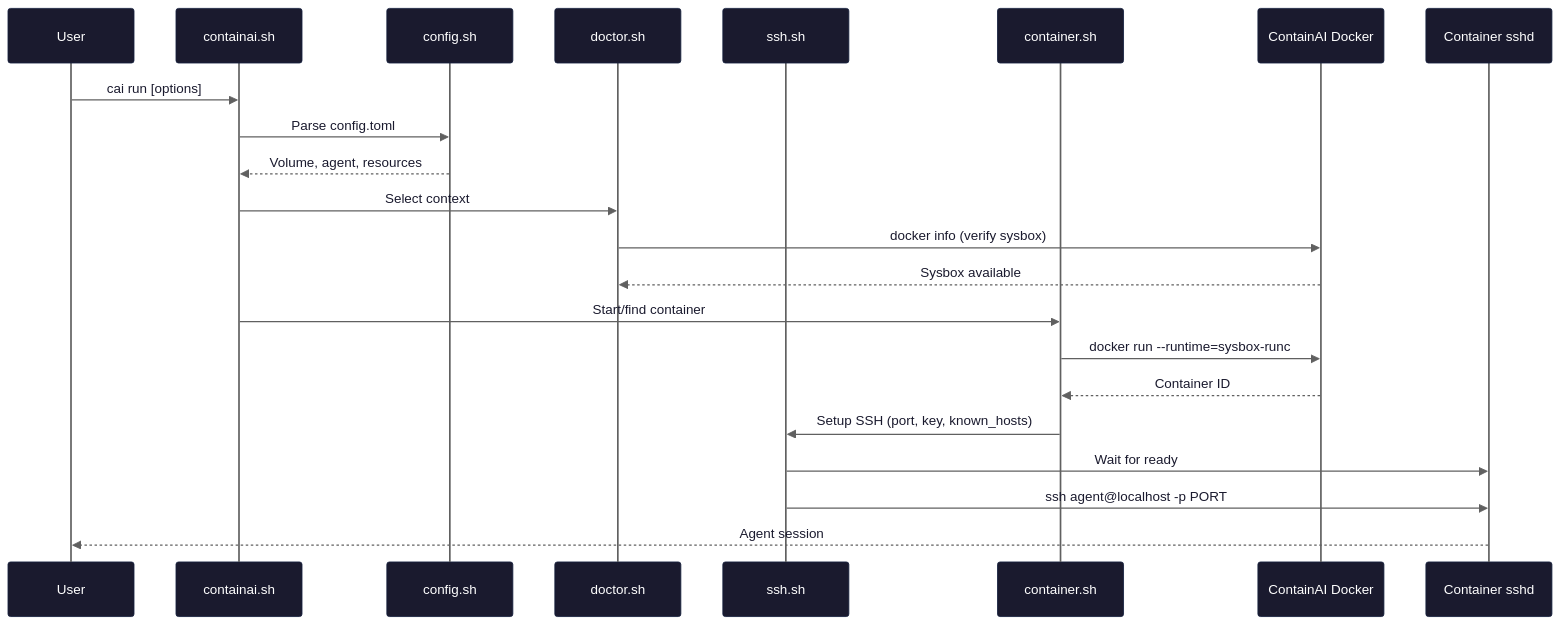
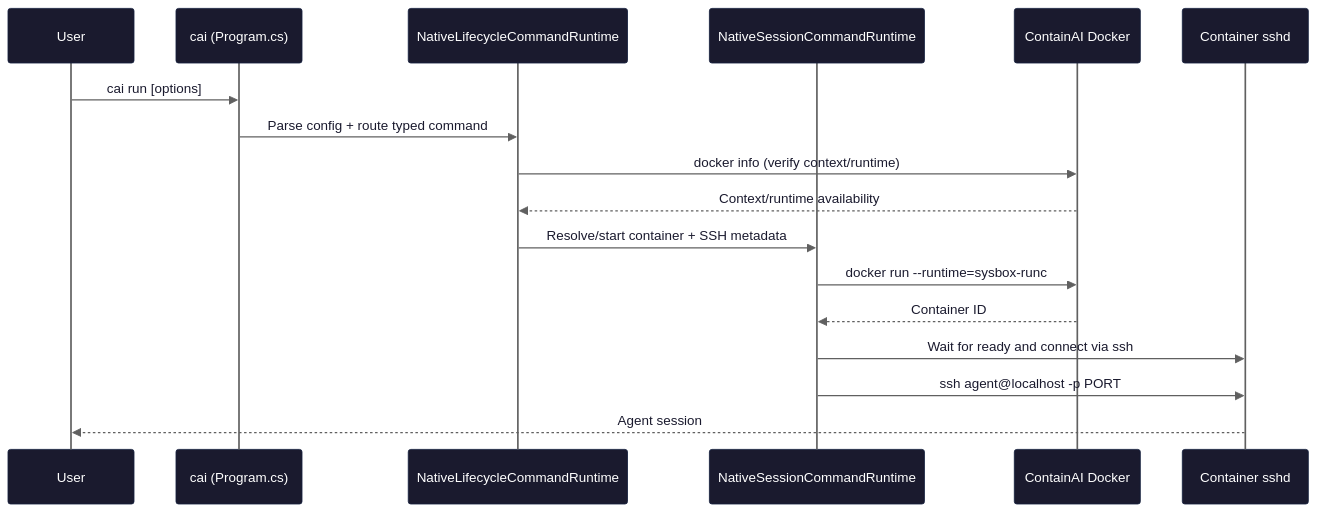
The ninth of 11 diagrams in docs/architecture.md (novotnyllc/ContainAI), drawn with Mermaid before and after one commit. The commit also changed other lines of this file and 3 other files, not shown here.

Commit message:
docs: align reference and architecture with native static CLI

````diff
--- a/docs/architecture.md
+++ b/docs/architecture.md
@@ -560,44 +561,39 @@
 ```mermaid
 %%{init: {'theme': 'base', 'themeVariables': {
   'background': '#f5f5f5',
   'actorBkg': '#1a1a2e',
   'actorTextColor': '#ffffff',
   'actorBorder': '#16213e',
   'actorLineColor': '#606060',
   'signalColor': '#606060',
   'signalTextColor': '#1a1a2e',
   'labelBoxBkgColor': '#0f3460',
   'labelBoxBorderColor': '#16213e',
   'labelTextColor': '#ffffff',
   'loopTextColor': '#1a1a2e',
   'noteBkgColor': '#0f3460',
   'noteTextColor': '#ffffff',
   'noteBorderColor': '#16213e',
   'activationBkgColor': '#16213e',
   'activationBorderColor': '#0f3460',
   'sequenceNumberColor': '#1a1a2e'
 }}}%%
 sequenceDiagram
     participant User
-    participant CLI as containai.sh
-    participant Config as config.sh
-    participant Doctor as doctor.sh
-    participant SSH as ssh.sh
-    participant Container as container.sh
+    participant CLI as cai (Program.cs)
+    participant Runtime as NativeLifecycleCommandRuntime
+    participant Session as NativeSessionCommandRuntime
     participant Docker as ContainAI Docker
     participant SSHD as Container sshd
 
     User->>CLI: cai run [options]
-    CLI->>Config: Parse config.toml
-    Config-->>CLI: Volume, agent, resources
-    CLI->>Doctor: Select context
-    Doctor->>Docker: docker info (verify sysbox)
-    Docker-->>Doctor: Sysbox available
-    CLI->>Container: Start/find container
-    Container->>Docker: docker run --runtime=sysbox-runc
-    Docker-->>Container: Container ID
-    Container->>SSH: Setup SSH (port, key, known_hosts)
-    SSH->>SSHD: Wait for ready
-    SSH->>SSHD: ssh agent@localhost -p PORT
+    CLI->>Runtime: Parse config + route typed command
+    Runtime->>Docker: docker info (verify context/runtime)
+    Docker-->>Runtime: Context/runtime availability
+    Runtime->>Session: Resolve/start container + SSH metadata
+    Session->>Docker: docker run --runtime=sysbox-runc
+    Docker-->>Session: Container ID
+    Session->>SSHD: Wait for ready and connect via ssh
+    Session->>SSHD: ssh agent@localhost -p PORT
     SSHD-->>User: Agent session
 ```
````
